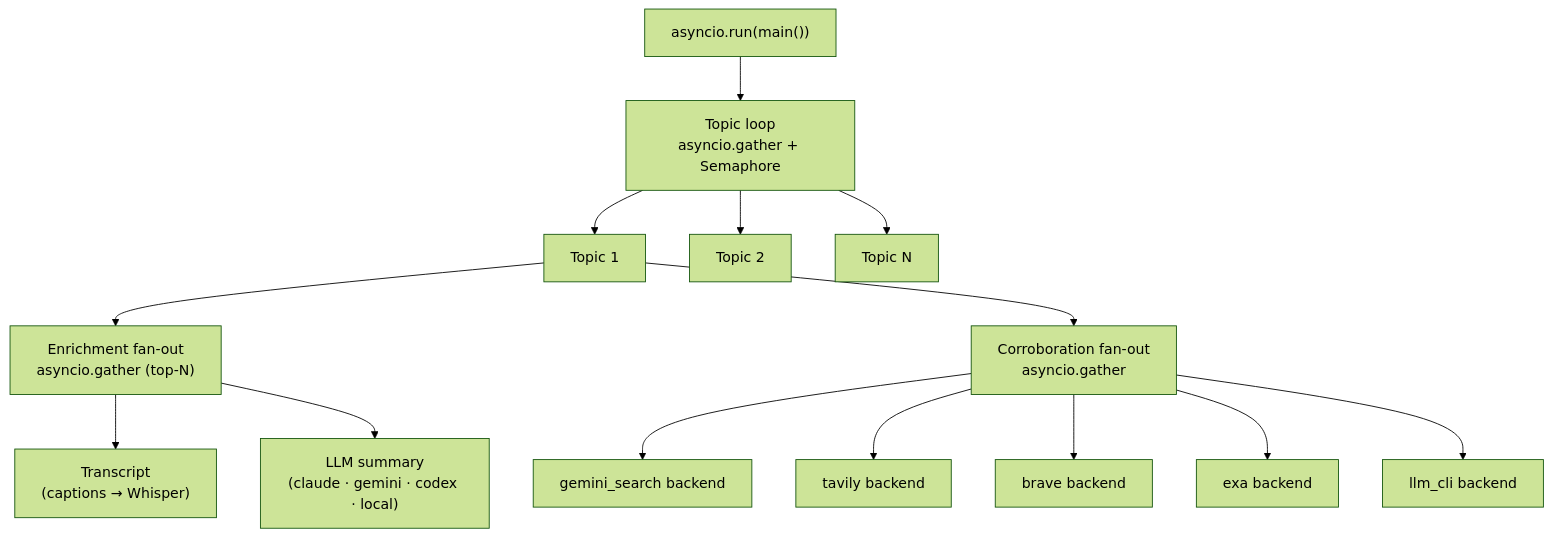
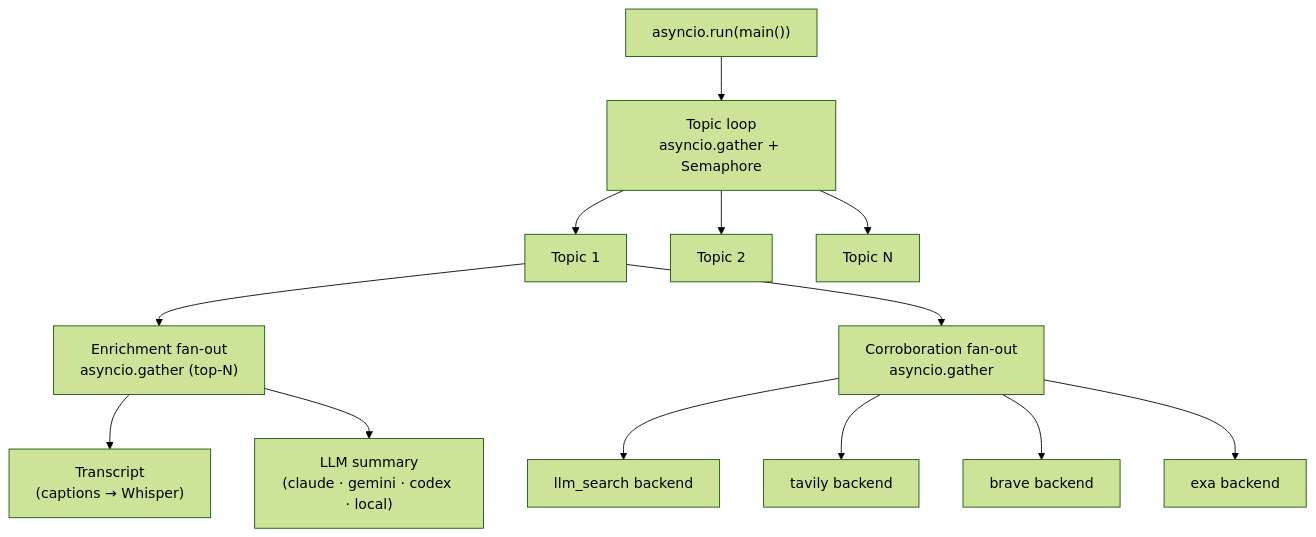
One commit to reshinto/social-research-probe changed the diagram in docs/diagrams/src/async-fanout.mmd. Above: the diagram before and after it, drawn with Mermaid (forest theme). The commit also changed 108 other files, not shown here.

```diff
--- a/docs/diagrams/src/async-fanout.mmd
+++ b/docs/diagrams/src/async-fanout.mmd
@@ -1,15 +1,14 @@
 graph TD
     START["asyncio.run(main())"]
     START --> TOPICS["Topic loop\nasyncio.gather + Semaphore"]
     TOPICS --> T1["Topic 1"]
     TOPICS --> T2["Topic 2"]
     TOPICS --> TN["Topic N"]
     T1 --> ENRICH1["Enrichment fan-out\nasyncio.gather (top-N)"]
     ENRICH1 --> E1A["Transcript\n(captions → Whisper)"]
     ENRICH1 --> E1B["LLM summary\n(claude · gemini · codex · local)"]
     T1 --> CORR1["Corroboration fan-out\nasyncio.gather"]
-    CORR1 --> C1A["gemini_search backend"]
+    CORR1 --> C1A["llm_search backend"]
     CORR1 --> C1B["tavily backend"]
     CORR1 --> C1C["brave backend"]
     CORR1 --> C1D["exa backend"]
-    CORR1 --> C1E["llm_cli backend"]
```
